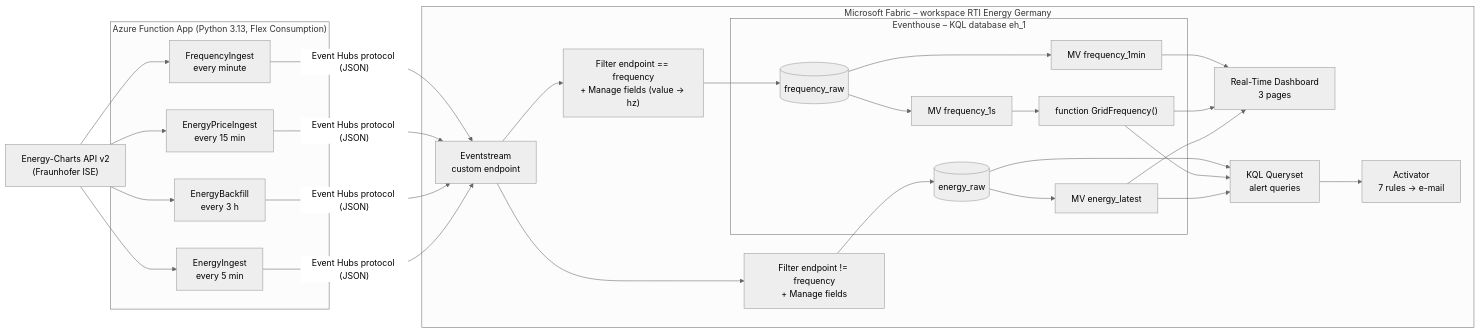
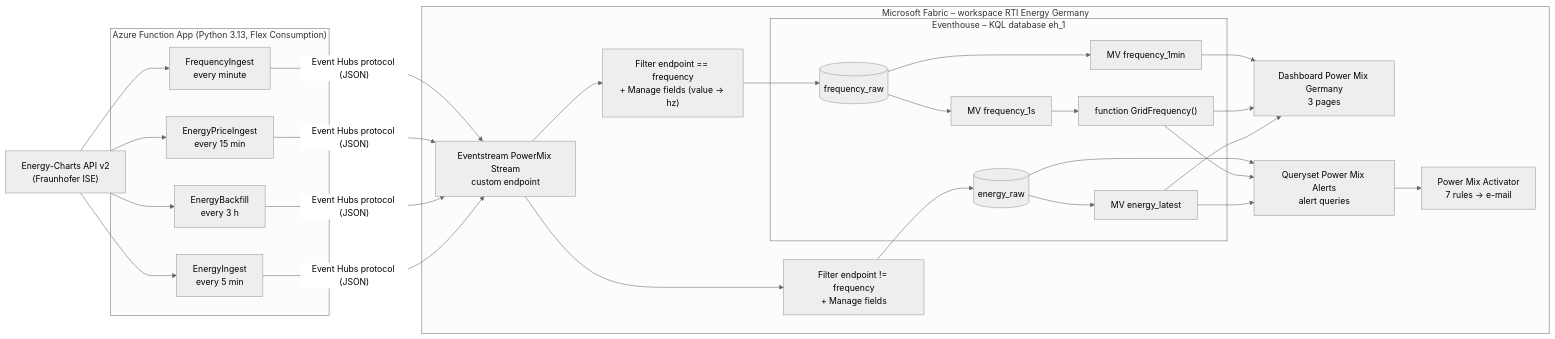
The diagram in real-time-intelligence-project-energy/Readme.md (renefuerstenberg/microsoft-fabric), drawn with Mermaid (neutral theme) before and after one commit. The commit also changed other lines of this file and 1 other file, not shown here.

````diff
--- a/real-time-intelligence-project-energy/Readme.md
+++ b/real-time-intelligence-project-energy/Readme.md
@@ -63,36 +63,36 @@
 ```mermaid
 flowchart LR
     API["Energy-Charts API v2<br/>(Fraunhofer ISE)"]
 
     subgraph Azure["Azure Function App (Python 3.13, Flex Consumption)"]
         F1["EnergyIngest<br/>every 5 min"]
         F2["EnergyBackfill<br/>every 3 h"]
         F3["EnergyPriceIngest<br/>every 15 min"]
         F4["FrequencyIngest<br/>every minute"]
     end
 
     subgraph Fabric["Microsoft Fabric – workspace RTI Energy Germany"]
-        ES["Eventstream<br/>custom endpoint"]
+        ES["Eventstream PowerMix Stream<br/>custom endpoint"]
         FA["Filter endpoint != frequency<br/>+ Manage fields"]
         FB["Filter endpoint == frequency<br/>+ Manage fields (value → hz)"]
         subgraph EH["Eventhouse – KQL database eh_1"]
             T1[("energy_raw")]
             T2[("frequency_raw")]
             MV1["MV energy_latest"]
             MV2["MV frequency_1s"]
             MV3["MV frequency_1min"]
             FN["function GridFrequency()"]
         end
-        DB["Real-Time Dashboard<br/>3 pages"]
-        QS["KQL Queryset<br/>alert queries"]
-        ACT["Activator<br/>7 rules → e-mail"]
+        DB["Dashboard Power Mix Germany<br/>3 pages"]
+        QS["Queryset Power Mix Alerts<br/>alert queries"]
+        ACT["Power Mix Activator<br/>7 rules → e-mail"]
     end
 
     API --> F1 & F2 & F3 & F4
     F1 & F2 & F3 & F4 -- "Event Hubs protocol (JSON)" --> ES
     ES --> FA --> T1 --> MV1
     ES --> FB --> T2 --> MV2 --> FN
     T2 --> MV3
     MV1 & FN & MV3 --> DB
     MV1 & FN & T1 --> QS --> ACT
 ```
````
